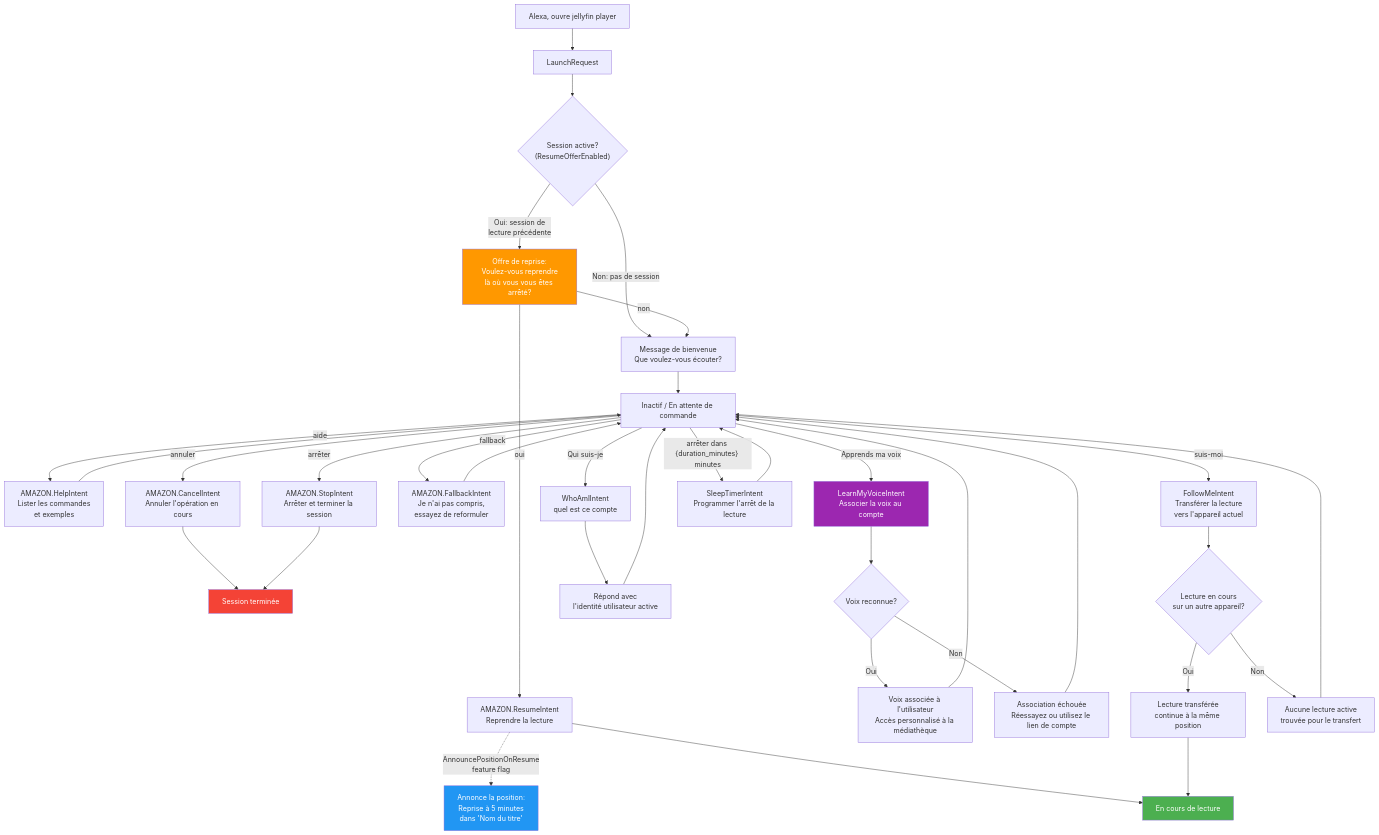
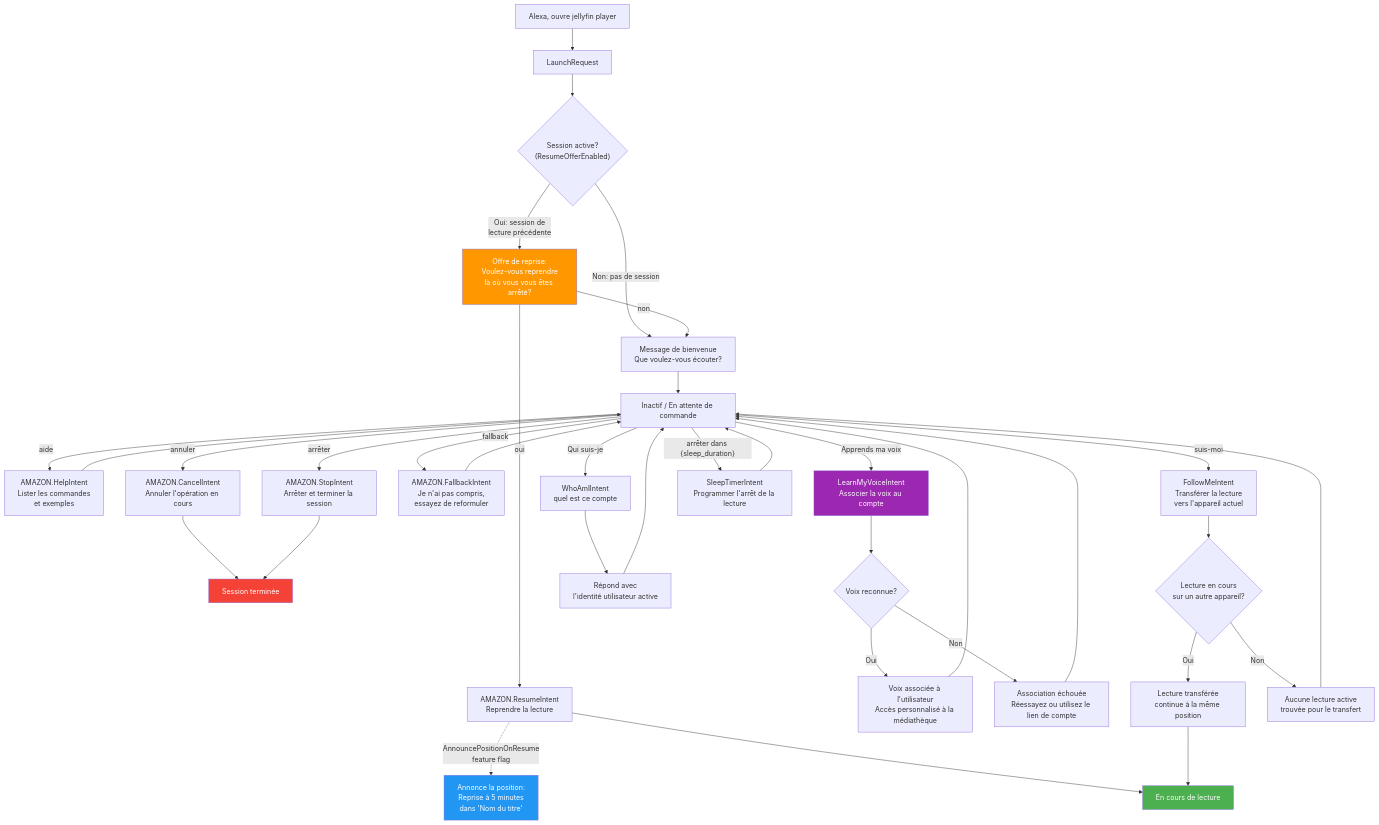
One commit to paoloantinori/jellyfin-alexa-plugin changed the diagram in docs/session-management-fr-CA.md. Above: the diagram before and after it, drawn with Mermaid. The commit also changed 94 other files, not shown here.

````diff
--- a/docs/session-management-fr-CA.md
+++ b/docs/session-management-fr-CA.md
@@ -3,56 +3,56 @@
 ```mermaid
 graph TD
     Open["Alexa, ouvre jellyfin player"] --> LaunchRequest["LaunchRequest"]
 
     LaunchRequest --> HasSession{"Session active?<br/>(ResumeOfferEnabled)"}
 
     HasSession -->|"Oui: session de<br/>lecture précédente"| ResumeOffer["Offre de reprise:<br/>Voulez-vous reprendre<br/>là où vous vous êtes arrêté?"]
     HasSession -->|"Non: pas de session"| Welcome["Message de bienvenue<br/>Que voulez-vous écouter?"]
 
     ResumeOffer -->|"oui"| ResumePlay["AMAZON.ResumeIntent<br/>Reprendre la lecture"]
     ResumeOffer -->|"non"| Welcome
 
     ResumePlay -.->|"AnnouncePositionOnResume<br/>feature flag"| PositionAnnounce["Annonce la position:<br/>Reprise à 5 minutes<br/>dans 'Nom du titre'"]
     ResumePlay --> Playing["En cours de lecture"]
 
     Welcome --> Idle["Inactif / En attente de commande"]
 
     Idle -->|"aide"| Help["AMAZON.HelpIntent<br/>Lister les commandes<br/>et exemples"]
     Idle -->|"annuler"| Cancel["AMAZON.CancelIntent<br/>Annuler l'opération en cours"]
     Idle -->|"arrêter"| Stop["AMAZON.StopIntent<br/>Arrêter et terminer la session"]
     Idle -->|"fallback"| Fallback["AMAZON.FallbackIntent<br/>Je n'ai pas compris,<br/>essayez de reformuler"]
 
     Help --> Idle
     Cancel --> EndSession["Session terminée"]
     Stop --> EndSession
     Fallback --> Idle
 
     Idle -->|"Apprends ma voix"| VoiceLink["LearnMyVoiceIntent<br/>Associer la voix au compte"]
     VoiceLink --> VoiceResult{"Voix reconnue?"}
     VoiceResult -->|"Oui"| Linked["Voix associée à l'utilisateur<br/>Accès personnalisé à la médiathèque"]
     VoiceResult -->|"Non"| LinkFailed["Association échouée<br/>Réessayez ou utilisez le lien de compte"]
 
     Linked --> Idle
     LinkFailed --> Idle
 
     Idle -->|"Qui suis-je"| WhoAmI["WhoAmIIntent<br/>quel est ce compte"]
     WhoAmI --> IdentityResp["Répond avec<br/>l'identité utilisateur active"]
     IdentityResp --> Idle
 
     Idle -->|"suis-moi"| FollowMe["FollowMeIntent<br/>Transférer la lecture<br/>vers l'appareil actuel"]
     FollowMe --> FollowTransfer{"Lecture en cours<br/>sur un autre appareil?"}
     FollowTransfer -->|"Oui"| TransferOK["Lecture transférée<br/>continue à la même position"]
     FollowTransfer -->|"Non"| NoTransfer["Aucune lecture active<br/>trouvée pour le transfert"]
 
     TransferOK --> Playing
     NoTransfer --> Idle
 
-    Idle -->|"arrêter dans {duration_minutes} minutes"| Sleep["SleepTimerIntent<br/>Programmer l'arrêt de la lecture"]
+    Idle -->|"arrêter dans {sleep_duration}"| Sleep["SleepTimerIntent<br/>Programmer l'arrêt de la lecture"]
     Sleep --> Idle
 
     style Playing fill:#4CAF50,color:#fff
     style EndSession fill:#f44336,color:#fff
     style VoiceLink fill:#9C27B0,color:#fff
     style ResumeOffer fill:#FF9800,color:#fff
     style PositionAnnounce fill:#2196F3,color:#fff
 ```
````
